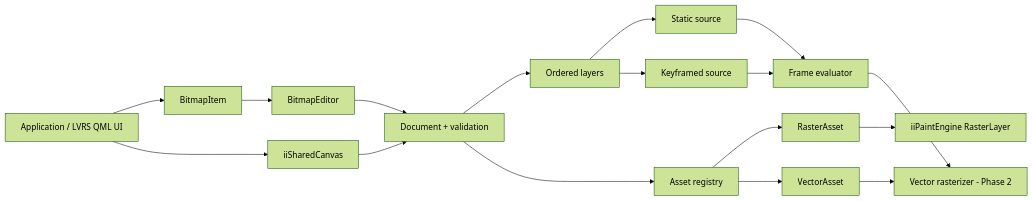
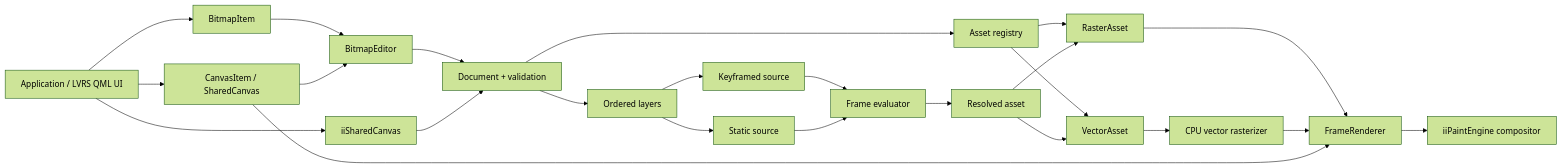
Before and after one commit to iisacc-Justmoong/iiSharedCanvas: the diagram in docs/BLUEPRINT.md, drawn with Mermaid (forest theme). The commit also changed other lines of this file and 30 other files, not shown here.

```diff
--- a/docs/BLUEPRINT.md
+++ b/docs/BLUEPRINT.md
@@ -19,19 +39,26 @@
 ~~~mermaid
 flowchart LR
     APP["Application / LVRS QML UI"] --> ITEM["BitmapItem"]
+    APP --> CANVAS["CanvasItem / SharedCanvas"]
     APP --> ISC["iiSharedCanvas"]
     ITEM --> EDIT["BitmapEditor"]
+    CANVAS --> EDIT
     EDIT --> DOC
     ISC --> DOC["Document + validation"]
     DOC --> STACK["Ordered layers"]
     DOC --> ASSETS["Asset registry"]
     STACK --> STATIC["Static source"]
     STACK --> ANIM["Keyframed source"]
     ASSETS --> RASTER["RasterAsset"]
     ASSETS --> VECTOR["VectorAsset"]
-    RASTER --> IIPE["iiPaintEngine RasterLayer"]
     ANIM --> EVAL["Frame evaluator"]
     STATIC --> EVAL
-    VECTOR --> FUTURE["Vector rasterizer - Phase 2"]
-    EVAL --> FUTURE
+    EVAL --> RESOLVED["Resolved asset"]
+    RESOLVED --> RASTER
+    RESOLVED --> VECTOR
+    VECTOR --> VRAST["CPU vector rasterizer"]
+    RASTER --> FRAME["FrameRenderer"]
+    VRAST --> FRAME
+    FRAME --> IIPE["iiPaintEngine compositor"]
+    CANVAS --> FRAME
 ~~~
```
